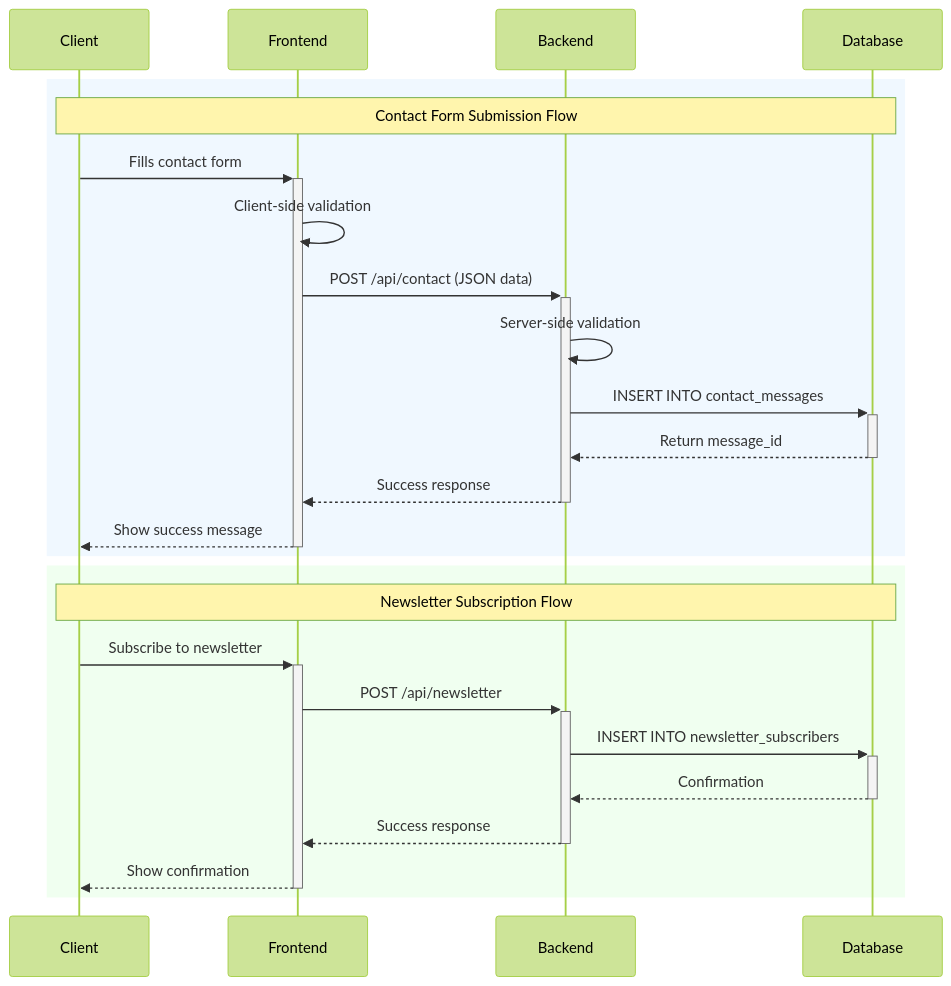
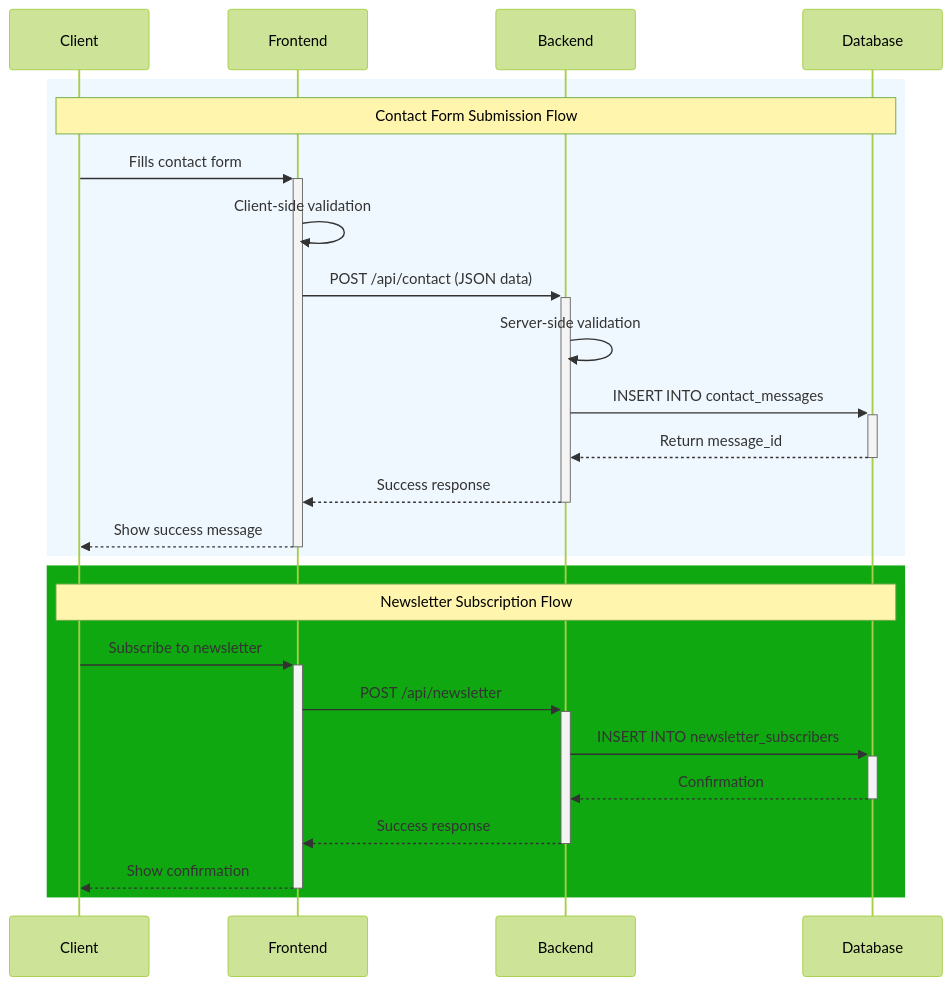
Before and after one commit to merma1509/Portfolio-Website: the second of 5 diagrams in README.md, drawn with Mermaid (forest theme). The commit also changed other lines of this file, not shown here.

````diff
--- a/README.md
+++ b/README.md
@@ -114,29 +114,29 @@
 ```mermaid
 sequenceDiagram
     participant C as Client
     participant F as Frontend
     participant A as Backend
     participant D as Database
     
     rect rgb(240, 248, 255)
         Note over C,D: Contact Form Submission Flow
         C->>+F: Fills contact form
         F->>F: Client-side validation
         F->>+A: POST /api/contact (JSON data)
         A->>A: Server-side validation
         A->>+D: INSERT INTO contact_messages
         D-->>-A: Return message_id
         A-->>-F: Success response
         F-->>-C: Show success message
     end
     
-    rect rgb(240, 255, 240)
+    rect rgb(16, 168, 16)
         Note over C,D: Newsletter Subscription Flow
         C->>+F: Subscribe to newsletter
         F->>+A: POST /api/newsletter
         A->>+D: INSERT INTO newsletter_subscribers
         D-->>-A: Confirmation
         A-->>-F: Success response
         F-->>-C: Show confirmation
     end
 ```
````
